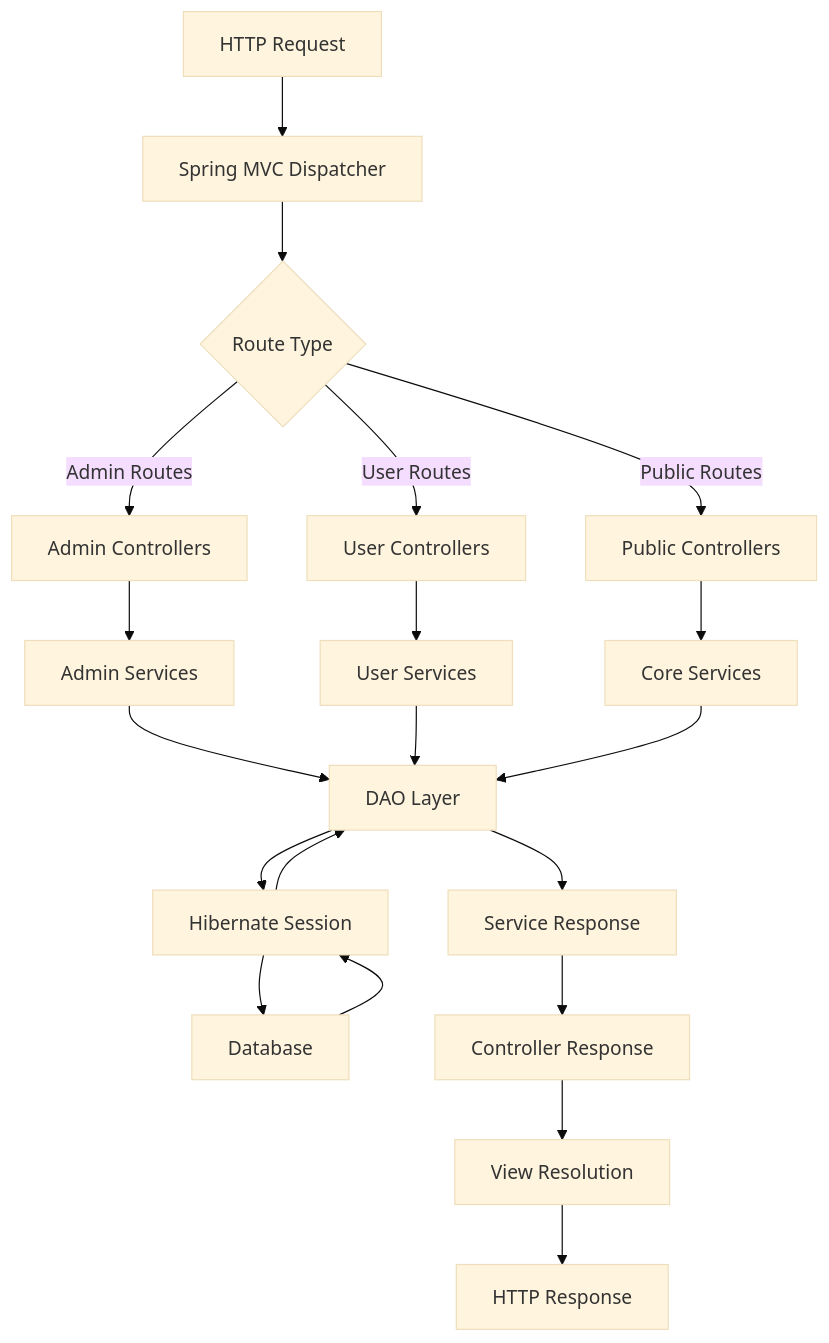
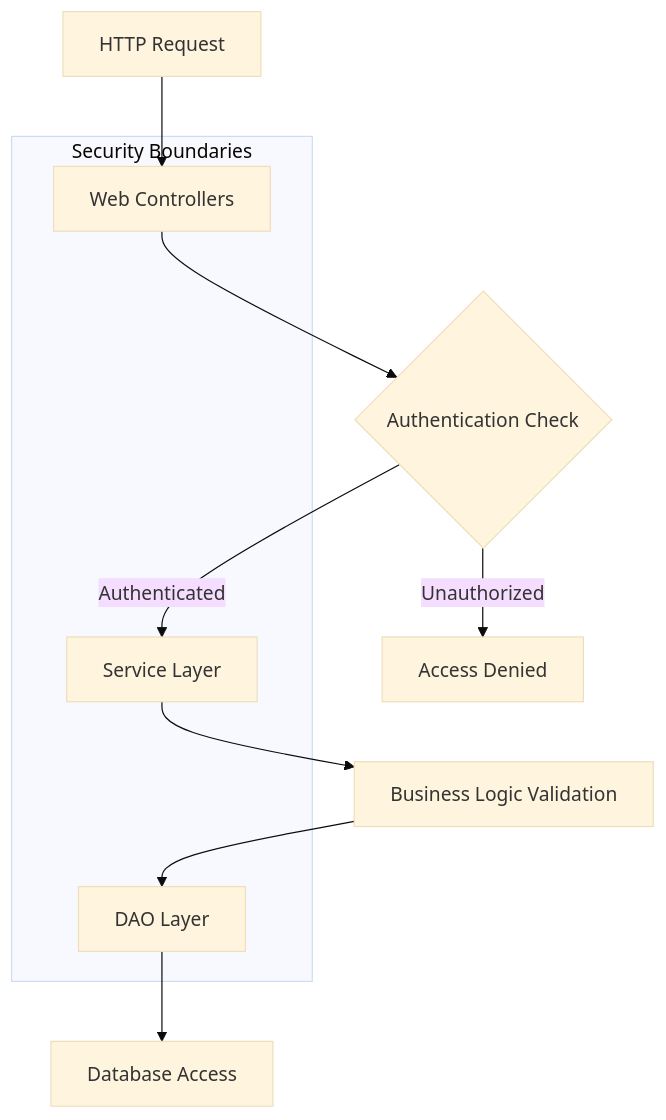
Before and after one commit to karthikv2206/ECommerce: the sixth of 7 diagrams in .kiro/steering/architecture.md, drawn with Mermaid (base theme). The commit also changed other lines of this file and 7 other files, not shown here.

````diff
--- a/.kiro/steering/architecture.md
+++ b/.kiro/steering/architecture.md
@@ -1060,26 +633,16 @@
 ```mermaid
 flowchart TD
-    A[HTTP Request] --> B[Spring MVC Dispatcher]
-    B --> C{Route Type}
-    C -->|Admin Routes| D[Admin Controllers]
-    C -->|User Routes| E[User Controllers]
-    C -->|Public Routes| F[Public Controllers]
+    A[HTTP Request] --> B[Web Controllers]
+    B --> C{Authentication Check}
+    C -->|Authenticated| D[Service Layer]
+    C -->|Unauthorized| E[Access Denied]
+    D --> F[Business Logic Validation]
+    F --> G[DAO Layer]
+    G --> H[Database Access]
     
-    D --> G[Admin Services]
-    E --> H[User Services]
-    F --> I[Core Services]
-    
-    G --> J[DAO Layer]
-    H --> J
-    I --> J
-    
-    J --> K[Hibernate Session]
-    K --> L[Database]
-    
-    L --> K
-    K --> J
-    J --> M[Service Response]
-    M --> N[Controller Response]
-    N --> O[View Resolution]
-    O --> P[HTTP Response]
+    subgraph "Security Boundaries"
+        B
+        D
+        G
+    end
 ```
````
